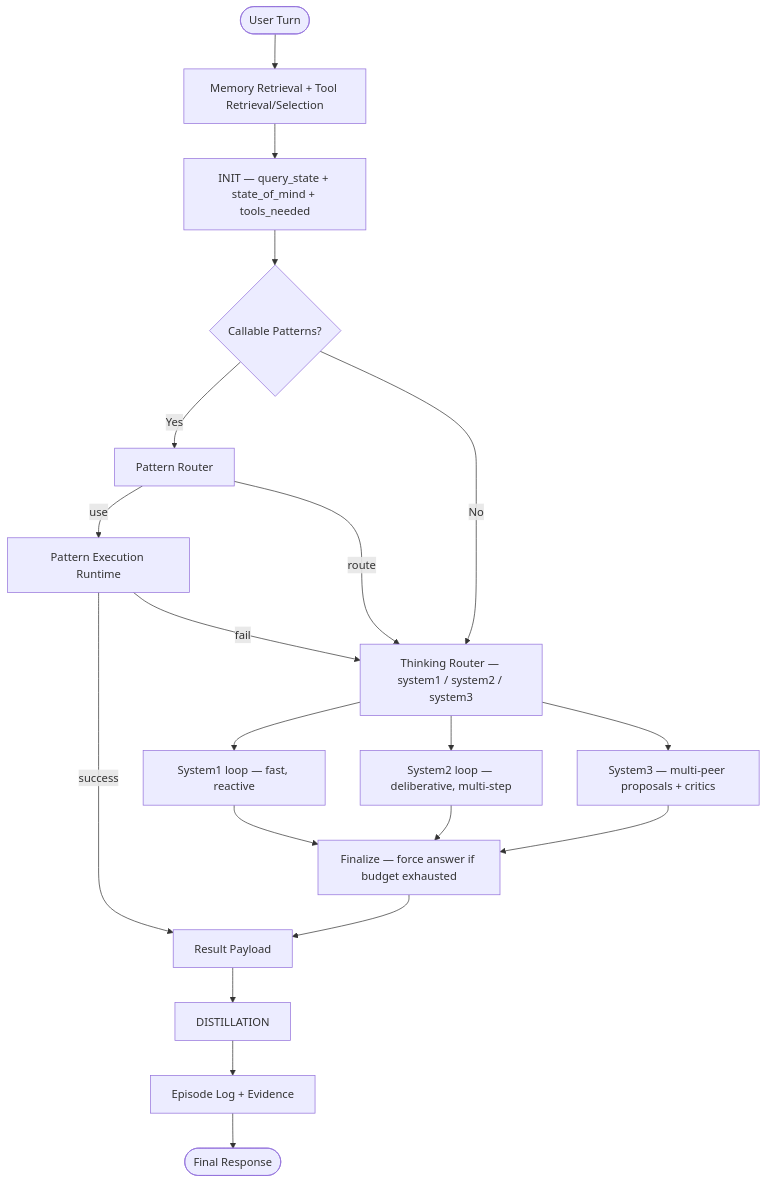
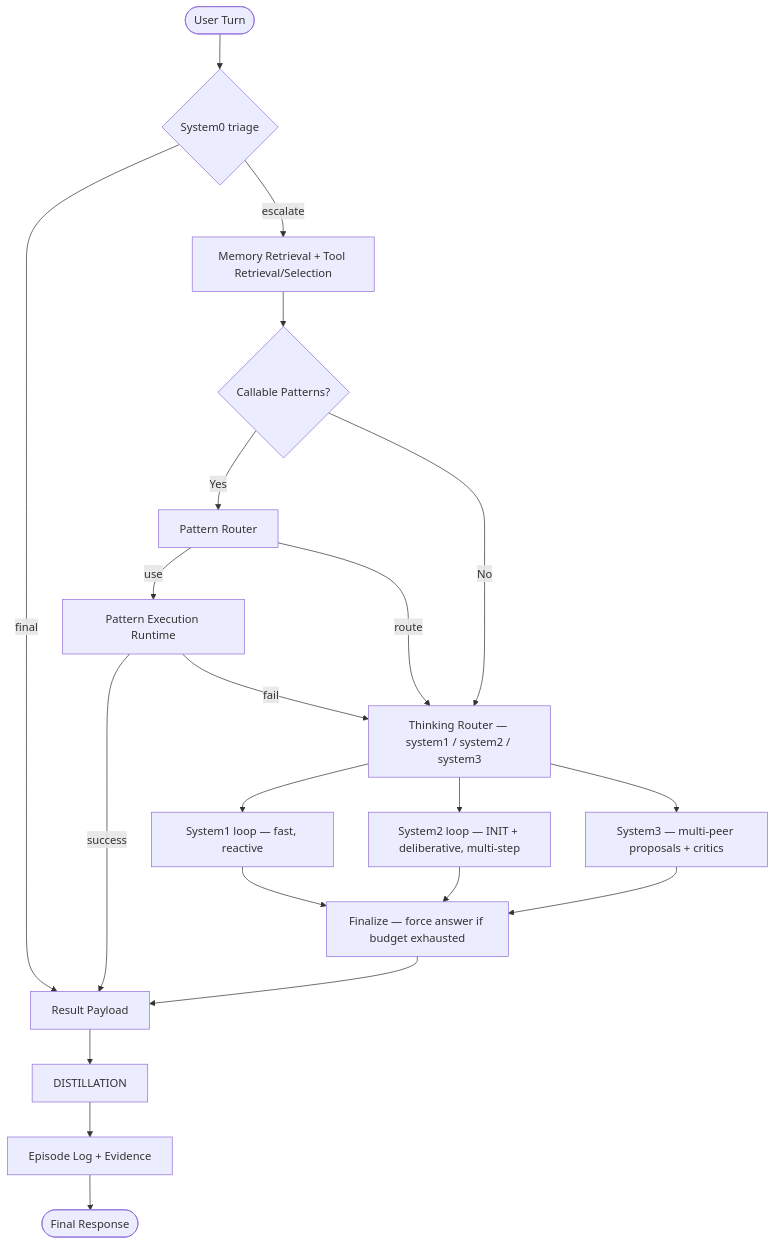
One commit to ayyoubjai/neo changed the diagram in cognitive_mode_analysis.md. Above: the diagram before and after it, drawn with Mermaid. The commit also changed other lines of this file and 188 other files, not shown here.

````diff
--- a/cognitive_mode_analysis.md
+++ b/cognitive_mode_analysis.md
@@ -7,21 +12,22 @@
 ```mermaid
 flowchart TD
-    A([User Turn]) --> B[Memory Retrieval + Tool Retrieval/Selection]
-    B --> C[INIT — query_state + state_of_mind + tools_needed]
-    C --> D{Callable Patterns?}
+    A([User Turn]) --> C{System0 triage}
+    C -- final --> Z
+    C -- escalate --> B[Memory Retrieval + Tool Retrieval/Selection]
+    B --> D{Callable Patterns?}
     D -- Yes --> E[Pattern Router]
     E -- use --> F[Pattern Execution Runtime]
     F -- success --> Z
     F -- fail --> G
     E -- route --> G
     D -- No --> G
     G[Thinking Router — system1 / system2 / system3]
     G --> H1[System1 loop — fast, reactive]
-    G --> H2[System2 loop — deliberative, multi-step]
+    G --> H2[System2 loop — INIT + deliberative, multi-step]
     G --> H3[System3 — multi-peer proposals + critics]
     H1 & H2 & H3 --> I[Finalize — force answer if budget exhausted]
     I --> Z[Result Payload]
     Z --> J[DISTILLATION]
     J --> K[Episode Log + Evidence]
     K --> L([Final Response])
 ```
````
